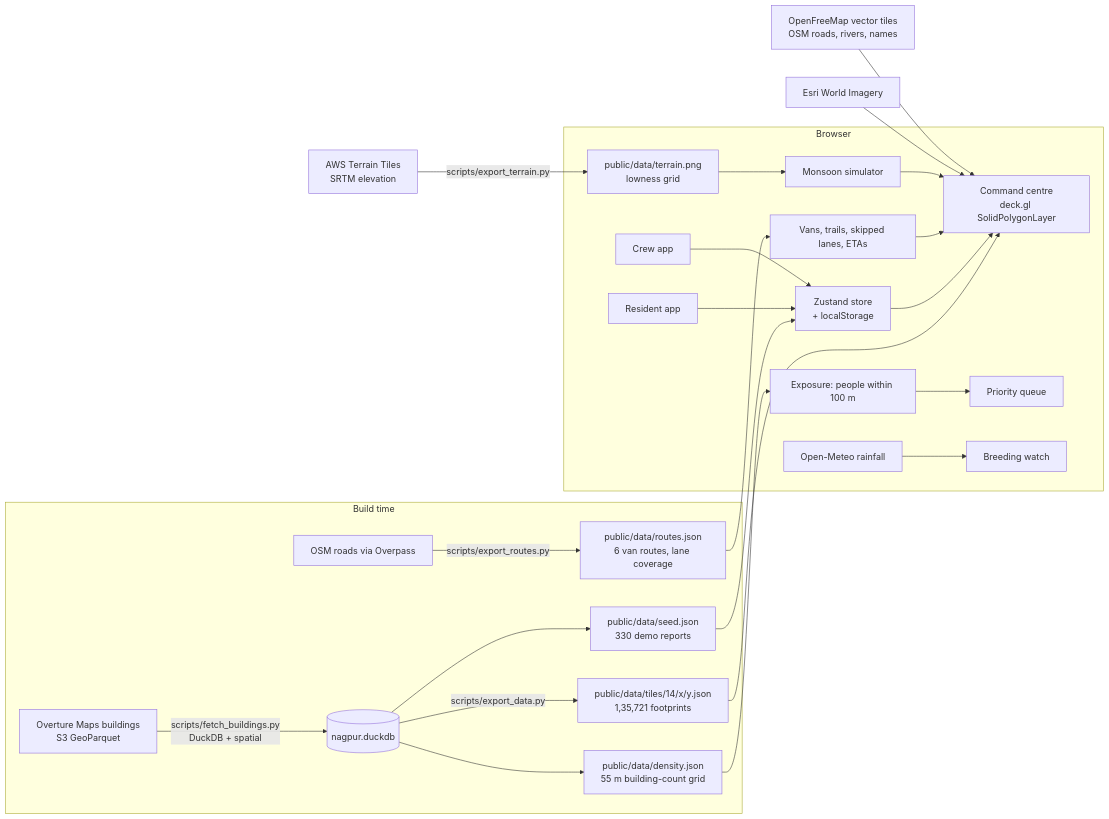
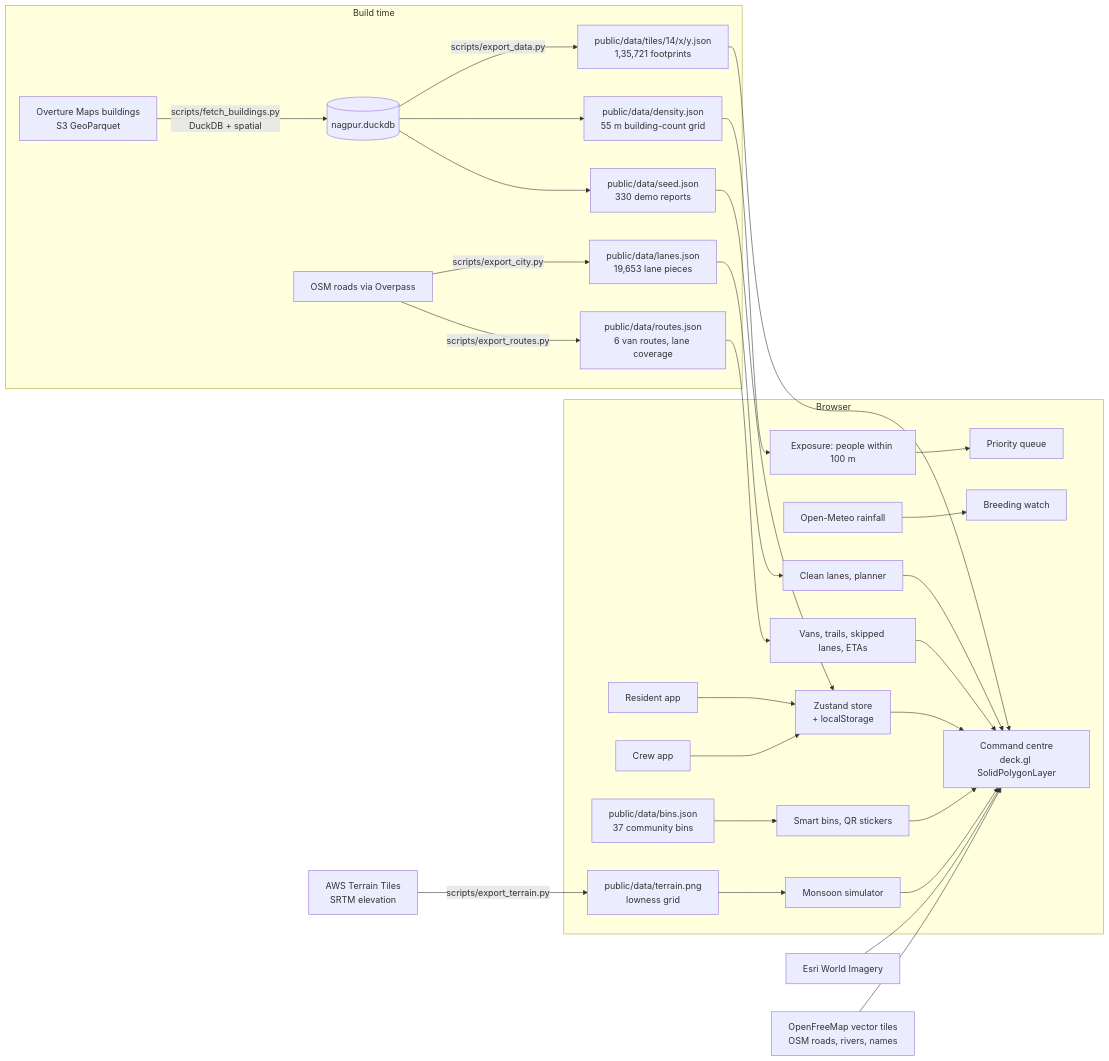
One commit to vizsh/SwachhGrid changed the diagram in README.md. Above: the diagram before and after it, drawn with Mermaid. The commit also changed other lines of this file and 24 other files, not shown here.

First line of the commit message:
Add what-if planner, smart-bin twins with QR stickers, clean-lane ribbons and hotspot forecast

````diff
--- a/README.md
+++ b/README.md
@@ -106,27 +126,32 @@
 ```mermaid
 flowchart LR
   subgraph Build time
     OV[Overture Maps buildings<br/>S3 GeoParquet] -->|scripts/fetch_buildings.py<br/>DuckDB + spatial| DB[(nagpur.duckdb)]
     DB -->|scripts/export_data.py| T[public/data/tiles/14/x/y.json<br/>1,35,721 footprints]
-    OSM[OSM roads via Overpass] -->|scripts/export_routes.py| RT[public/data/routes.json<br/>6 van routes, lane coverage]
+    OSM -->|scripts/export_city.py| LN
+  OSM[OSM roads via Overpass] -->|scripts/export_routes.py| RT[public/data/routes.json<br/>6 van routes, lane coverage]
     DB --> D[public/data/density.json<br/>55 m building-count grid]
     DB --> S[public/data/seed.json<br/>330 demo reports]
   end
   subgraph Browser
     T --> CC[Command centre<br/>deck.gl SolidPolygonLayer]
     D --> EX[Exposure: people within 100 m]
     S --> ST[Zustand store<br/>+ localStorage]
     R[Resident app] --> ST
     W[Crew app] --> ST
     ST --> CC
     EX --> Q[Priority queue]
     OM[Open-Meteo rainfall] --> BW[Breeding watch]
     RT --> V[Vans, trails, skipped lanes, ETAs]
     V --> CC
+    LN[public/data/lanes.json<br/>19,653 lane pieces] --> CL[Clean lanes, planner]
+    BN[public/data/bins.json<br/>37 community bins] --> SB[Smart bins, QR stickers]
+    CL --> CC
+    SB --> CC
     TR[public/data/terrain.png<br/>lowness grid] --> FL[Monsoon simulator]
     FL --> CC
   end
   AWS[AWS Terrain Tiles<br/>SRTM elevation] -->|scripts/export_terrain.py| TR
   ESRI[Esri World Imagery] --> CC
   OFM[OpenFreeMap vector tiles<br/>OSM roads, rivers, names] --> CC
 ```
````
